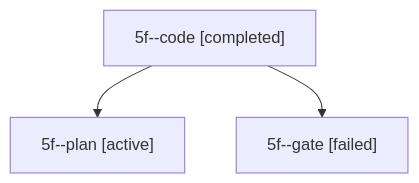
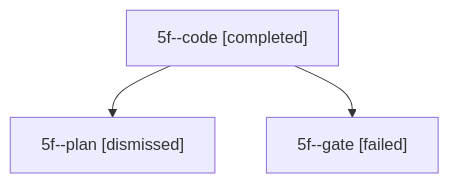
One commit to bobs-org/bob-cli--agents changed the diagram in sessions/bbugyi200.apollo.5f.md. Above: the diagram before and after it, drawn with Mermaid. The commit also changed other lines of this file and 20 other files, not shown here.

````diff
--- a/sessions/bbugyi200.apollo.5f.md
+++ b/sessions/bbugyi200.apollo.5f.md
@@ -9,8 +9,8 @@
 ```mermaid
 flowchart TD
   n0["5f--code [completed]"]
-  n1["5f--plan [active]"]
+  n1["5f--plan [dismissed]"]
   n0 --> n1
   n2["5f--gate [failed]"]
   n0 --> n2
 ```
````
